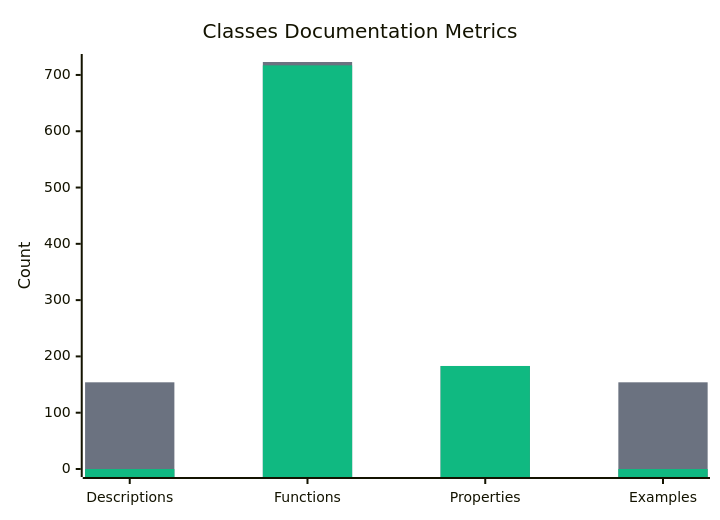
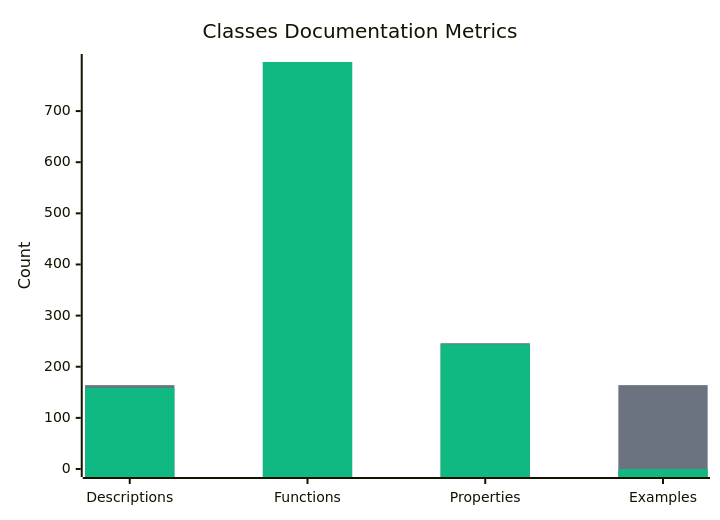
One commit to synthotec/synthotec.github.io changed the second of 4 diagrams in Documentation/SynthoTec-4D/Overview.md. Above: the diagram before and after it, drawn with Mermaid. The commit also changed other lines of this file and 164 other files, not shown here.

````diff
--- a/Documentation/SynthoTec-4D/Overview.md
+++ b/Documentation/SynthoTec-4D/Overview.md
@@ -30,9 +30,9 @@
 ```mermaid
 %%{init: {'theme':'base', 'themeVariables': {'xyChart': {'backgroundColor': 'transparent', 'plotColorPalette': '#6b7280, #10b981'}}}}%%
 xychart-beta
     title "Classes Documentation Metrics"
     x-axis ["Descriptions", "Functions", "Properties", "Examples"]
-    y-axis "Count" 0 --> 723
-    bar [154, 723, 183, 154]
-    bar [0, 717, 183, 0]
+    y-axis "Count" 0 --> 796
+    bar [164, 796, 246, 164]
+    bar [159, 796, 244, 0]
 ```
````
